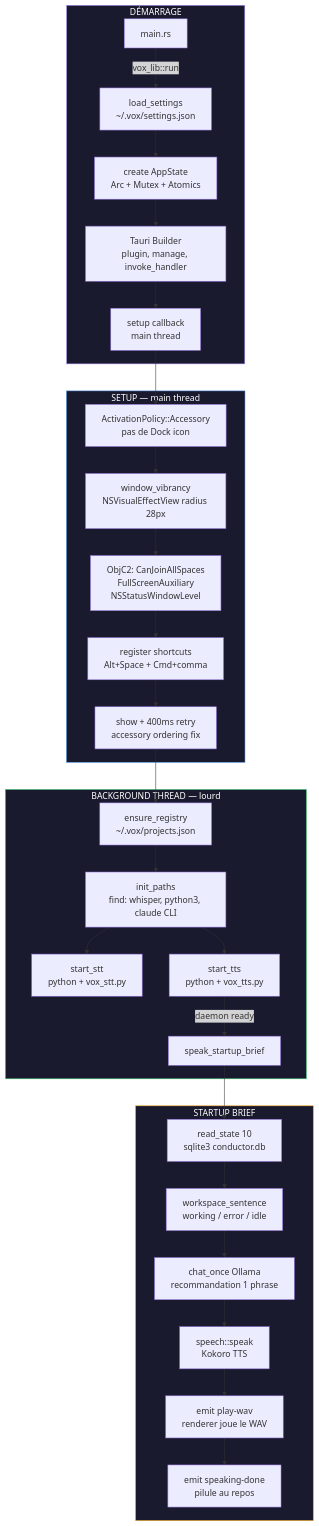
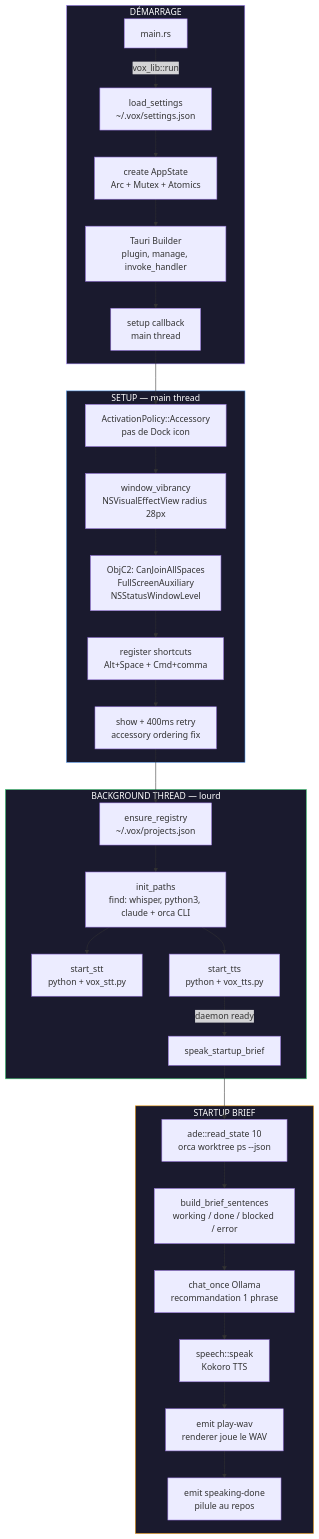
One commit to justeozan/vox changed the diagram in diagrams/vox-architecture.mmd. Above: the diagram before and after it, drawn with Mermaid. The commit also changed 19 other files, not shown here.

```diff
--- a/diagrams/vox-architecture.mmd
+++ b/diagrams/vox-architecture.mmd
@@ -1,37 +1,37 @@
 graph TD
     subgraph BOOT["DÉMARRAGE"]
         A["main.rs"] -->|vox_lib::run| B["load_settings\n~/.vox/settings.json"]
         B --> C["create AppState\nArc + Mutex + Atomics"]
         C --> D["Tauri Builder\nplugin, manage, invoke_handler"]
         D --> E["setup callback\nmain thread"]
     end
 
     subgraph SETUP["SETUP — main thread"]
         E --> F["ActivationPolicy::Accessory\npas de Dock icon"]
         F --> G["window_vibrancy\nNSVisualEffectView radius 28px"]
         G --> H["ObjC2: CanJoinAllSpaces\nFullScreenAuxiliary\nNSStatusWindowLevel"]
         H --> I["register shortcuts\nAlt+Space + Cmd+comma"]
         I --> J["show + 400ms retry\naccessory ordering fix"]
     end
 
     subgraph BG["BACKGROUND THREAD — lourd"]
         J --> K["ensure_registry\n~/.vox/projects.json"]
-        K --> L["init_paths\nfind: whisper, python3, claude CLI"]
+        K --> L["init_paths\nfind: whisper, python3, claude + orca CLI"]
         L --> M["start_stt\npython + vox_stt.py"]
         L --> N["start_tts\npython + vox_tts.py"]
         N -->|daemon ready| O["speak_startup_brief"]
     end
 
     subgraph BRIEF["STARTUP BRIEF"]
-        O --> P["read_state 10\nsqlite3 conductor.db"]
-        P --> Q["workspace_sentence\nworking / error / idle"]
+        O --> P["ade::read_state 10\norca worktree ps --json"]
+        P --> Q["build_brief_sentences\nworking / done / blocked / error"]
         Q --> R["chat_once Ollama\nrecommandation 1 phrase"]
         R --> S["speech::speak\nKokoro TTS"]
         S --> T["emit play-wav\nrenderer joue le WAV"]
         T --> U["emit speaking-done\npilule au repos"]
     end
 
     style BOOT fill:#1a1a2e,stroke:#a78bfa,color:#fff
     style SETUP fill:#1a1a2e,stroke:#60a5fa,color:#fff
     style BG fill:#1a1a2e,stroke:#4ade80,color:#fff
     style BRIEF fill:#1a1a2e,stroke:#f59e0b,color:#fff
```
